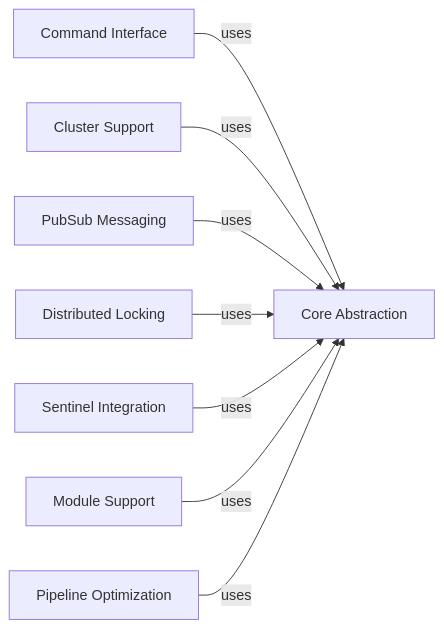
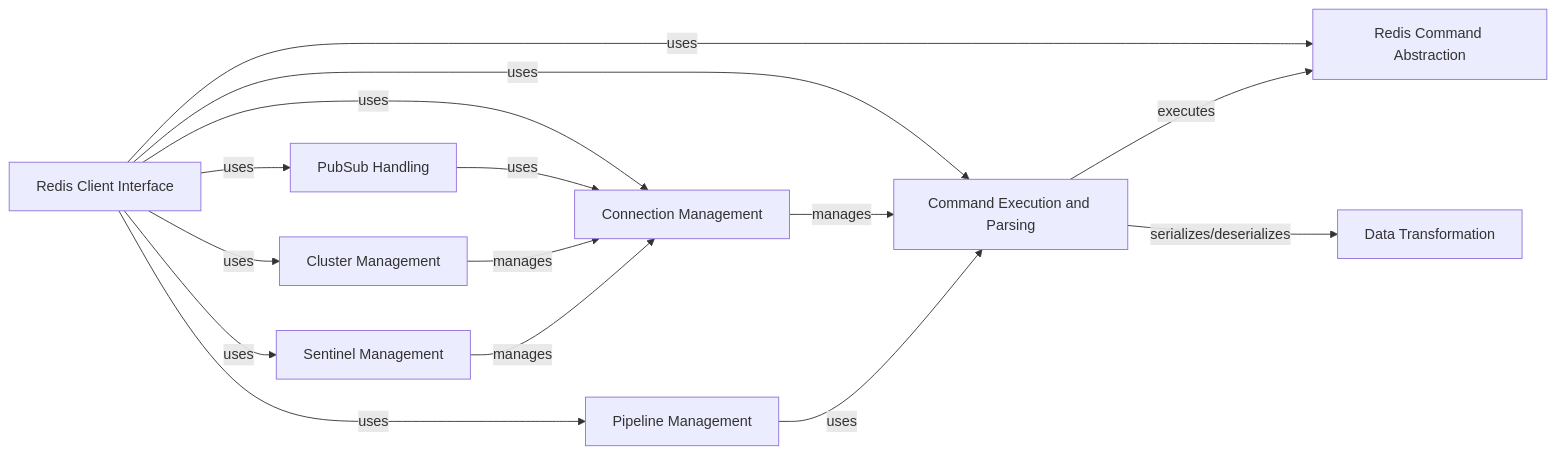
The diagram in redis-py/on_boarding.md (CodeBoarding/GeneratedOnBoardings), drawn with Mermaid before and after one commit. The commit also changed other lines of this file and 17 other files, not shown here.

````diff
--- a/redis-py/on_boarding.md
+++ b/redis-py/on_boarding.md
@@ -1,26 +1,35 @@
 ```mermaid
 graph LR
-    Core_Abstraction["Core Abstraction"]
-    Command_Interface["Command Interface"]
-    Cluster_Support["Cluster Support"]
-    PubSub_Messaging["PubSub Messaging"]
-    Distributed_Locking["Distributed Locking"]
-    Sentinel_Integration["Sentinel Integration"]
-    Module_Support["Module Support"]
-    Pipeline_Optimization["Pipeline Optimization"]
-    Command_Interface -- "uses" --> Core_Abstraction
-    Cluster_Support -- "uses" --> Core_Abstraction
-    PubSub_Messaging -- "uses" --> Core_Abstraction
-    Distributed_Locking -- "uses" --> Core_Abstraction
-    Sentinel_Integration -- "uses" --> Core_Abstraction
-    Module_Support -- "uses" --> Core_Abstraction
-    Pipeline_Optimization -- "uses" --> Core_Abstraction
-    click Core_Abstraction href "https://github.com/CodeBoarding/GeneratedOnBoardings/blob/main/redis-py/Core Abstraction.md" "Details"
-    click Command_Interface href "https://github.com/CodeBoarding/GeneratedOnBoardings/blob/main/redis-py/Command Interface.md" "Details"
-    click Cluster_Support href "https://github.com/CodeBoarding/GeneratedOnBoardings/blob/main/redis-py/Cluster Support.md" "Details"
-    click PubSub_Messaging href "https://github.com/CodeBoarding/GeneratedOnBoardings/blob/main/redis-py/PubSub Messaging.md" "Details"
-    click Distributed_Locking href "https://github.com/CodeBoarding/GeneratedOnBoardings/blob/main/redis-py/Distributed Locking.md" "Details"
-    click Sentinel_Integration href "https://github.com/CodeBoarding/GeneratedOnBoardings/blob/main/redis-py/Sentinel Integration.md" "Details"
-    click Module_Support href "https://github.com/CodeBoarding/GeneratedOnBoardings/blob/main/redis-py/Module Support.md" "Details"
-    click Pipeline_Optimization href "https://github.com/CodeBoarding/GeneratedOnBoardings/blob/main/redis-py/Pipeline Optimization.md" "Details"
+    Redis_Client_Interface["Redis Client Interface"]
+    Connection_Management["Connection Management"]
+    Command_Execution_and_Parsing["Command Execution and Parsing"]
+    Redis_Command_Abstraction["Redis Command Abstraction"]
+    Pipeline_Management["Pipeline Management"]
+    PubSub_Handling["PubSub Handling"]
+    Cluster_Management["Cluster Management"]
+    Sentinel_Management["Sentinel Management"]
+    Data_Transformation["Data Transformation"]
+    Redis_Client_Interface -- "uses" --> Connection_Management
+    Redis_Client_Interface -- "uses" --> Command_Execution_and_Parsing
+    Redis_Client_Interface -- "uses" --> Redis_Command_Abstraction
+    Redis_Client_Interface -- "uses" --> Pipeline_Management
+    Redis_Client_Interface -- "uses" --> PubSub_Handling
+    Redis_Client_Interface -- "uses" --> Cluster_Management
+    Redis_Client_Interface -- "uses" --> Sentinel_Management
+    Connection_Management -- "manages" --> Command_Execution_and_Parsing
+    Command_Execution_and_Parsing -- "executes" --> Redis_Command_Abstraction
+    Pipeline_Management -- "uses" --> Command_Execution_and_Parsing
+    PubSub_Handling -- "uses" --> Connection_Management
+    Cluster_Management -- "manages" --> Connection_Management
+    Sentinel_Management -- "manages" --> Connection_Management
+    Command_Execution_and_Parsing -- "serializes/deserializes" --> Data_Transformation
+    click Redis_Client_Interface href "https://github.com/CodeBoarding/GeneratedOnBoardings/blob/main/redis-py/Redis Client Interface.md" "Details"
+    click Connection_Management href "https://github.com/CodeBoarding/GeneratedOnBoardings/blob/main/redis-py/Connection Management.md" "Details"
+    click Command_Execution_and_Parsing href "https://github.com/CodeBoarding/GeneratedOnBoardings/blob/main/redis-py/Command Execution and Parsing.md" "Details"
+    click Redis_Command_Abstraction href "https://github.com/CodeBoarding/GeneratedOnBoardings/blob/main/redis-py/Redis Command Abstraction.md" "Details"
+    click Pipeline_Management href "https://github.com/CodeBoarding/GeneratedOnBoardings/blob/main/redis-py/Pipeline Management.md" "Details"
+    click PubSub_Handling href "https://github.com/CodeBoarding/GeneratedOnBoardings/blob/main/redis-py/PubSub Handling.md" "Details"
+    click Cluster_Management href "https://github.com/CodeBoarding/GeneratedOnBoardings/blob/main/redis-py/Cluster Management.md" "Details"
+    click Sentinel_Management href "https://github.com/CodeBoarding/GeneratedOnBoardings/blob/main/redis-py/Sentinel Management.md" "Details"
+    click Data_Transformation href "https://github.com/CodeBoarding/GeneratedOnBoardings/blob/main/redis-py/Data Transformation.md" "Details"
 ```
````
